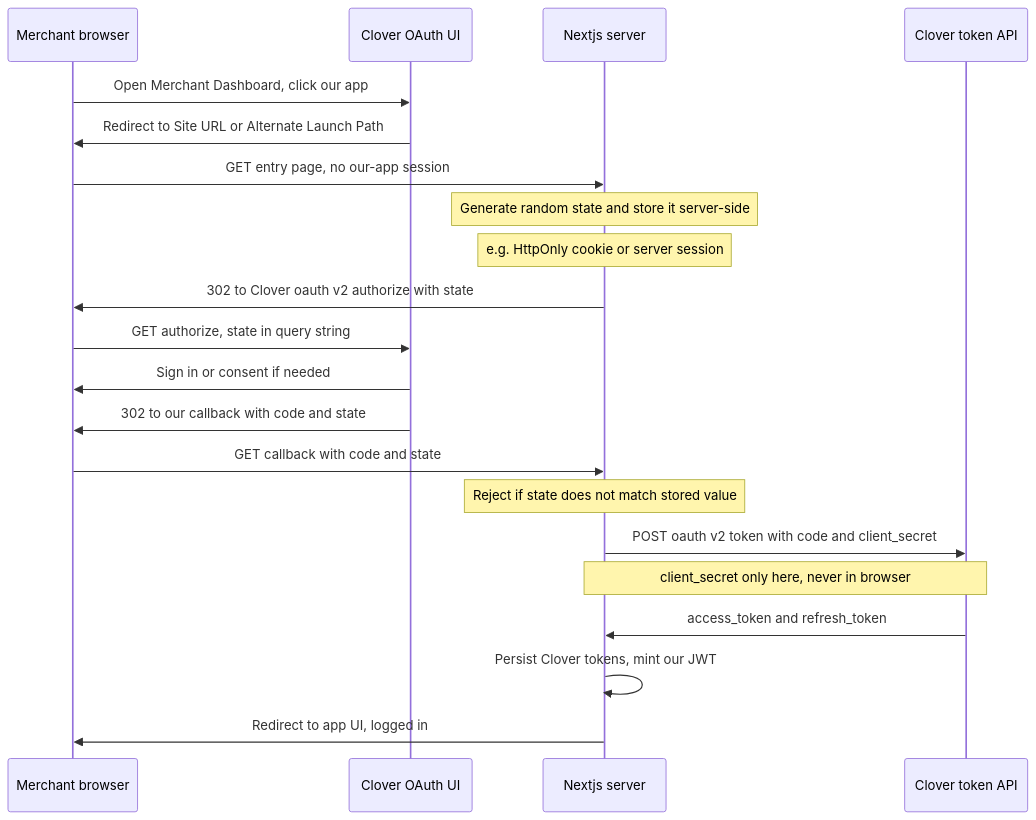
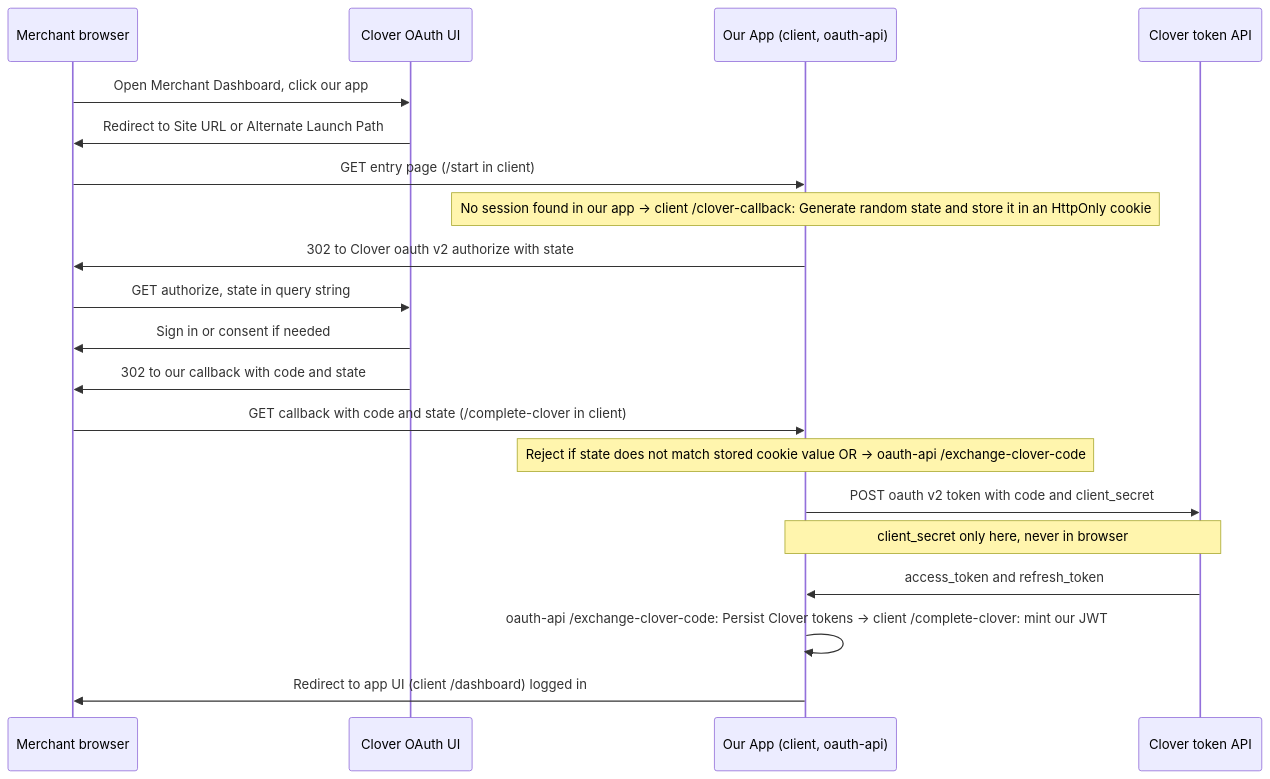
Before and after one commit to 1ntellijosh/cl-reporter: the diagram in README.md, drawn with Mermaid. The commit also changed 17 other files, not shown here.

Commit message:
- chore: updated authorization-flow and AGENTS docs to reflect final    oauth  - chore: small code cleanups for clarity and structure  - chore; sales report research docs started

````diff
--- a/README.md
+++ b/README.md
@@ -11,24 +11,23 @@
 ```mermaid
 sequenceDiagram
     participant B as Merchant browser
     participant CloverUI as Clover OAuth UI
-    participant S as Nextjs server
+    participant S as Our App (client, oauth-api)
     participant T as Clover token API
 
     B->>CloverUI: Open Merchant Dashboard, click our app
     CloverUI->>B: Redirect to Site URL or Alternate Launch Path
-    B->>S: GET entry page, no our-app session
-    Note over S: Generate random state and store it server-side
-    Note over S: e.g. HttpOnly cookie or server session
+    B->>S: GET entry page (/start in client)
+    Note over S: No session found in our app -> client /clover-callback: Generate random state and store it in an HttpOnly cookie
     S->>B: 302 to Clover oauth v2 authorize with state
     B->>CloverUI: GET authorize, state in query string
     CloverUI->>B: Sign in or consent if needed
     CloverUI->>B: 302 to our callback with code and state
-    B->>S: GET callback with code and state
-    Note over S: Reject if state does not match stored value
+    B->>S: GET callback with code and state (/complete-clover in client)
+    Note over S: Reject if state does not match stored cookie value OR -> oauth-api /exchange-clover-code
     S->>T: POST oauth v2 token with code and client_secret
     Note over S,T: client_secret only here, never in browser
     T->>S: access_token and refresh_token
-    S->>S: Persist Clover tokens, mint our JWT
-    S->>B: Redirect to app UI, logged in
+    S->>S: oauth-api /exchange-clover-code: Persist Clover tokens -> client /complete-clover: mint our JWT
+    S->>B: Redirect to app UI (client /dashboard) logged in
 ```
````
